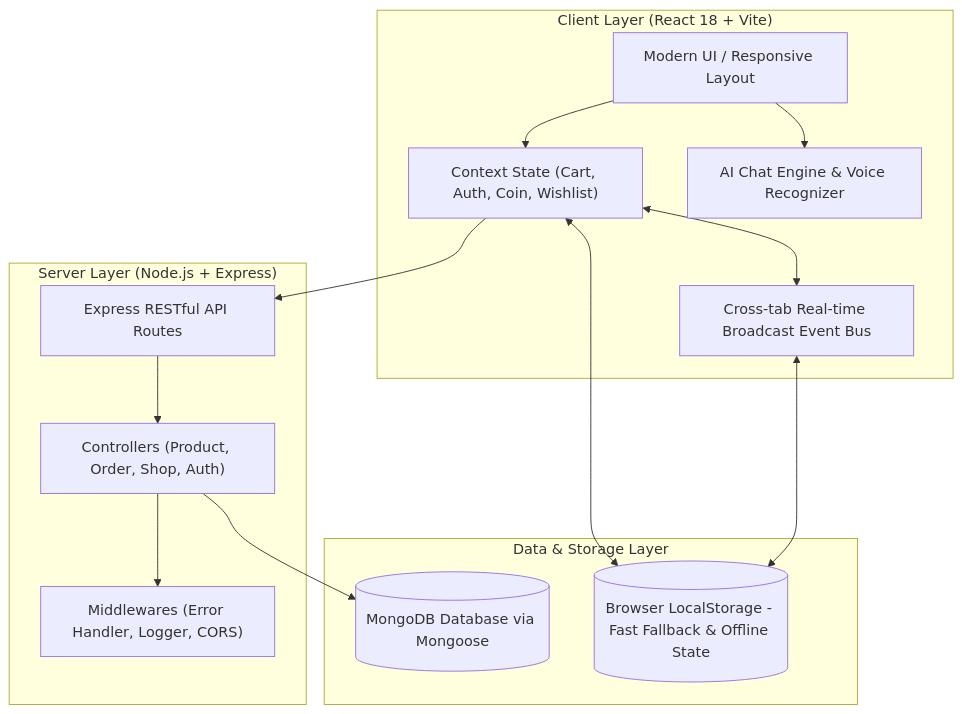
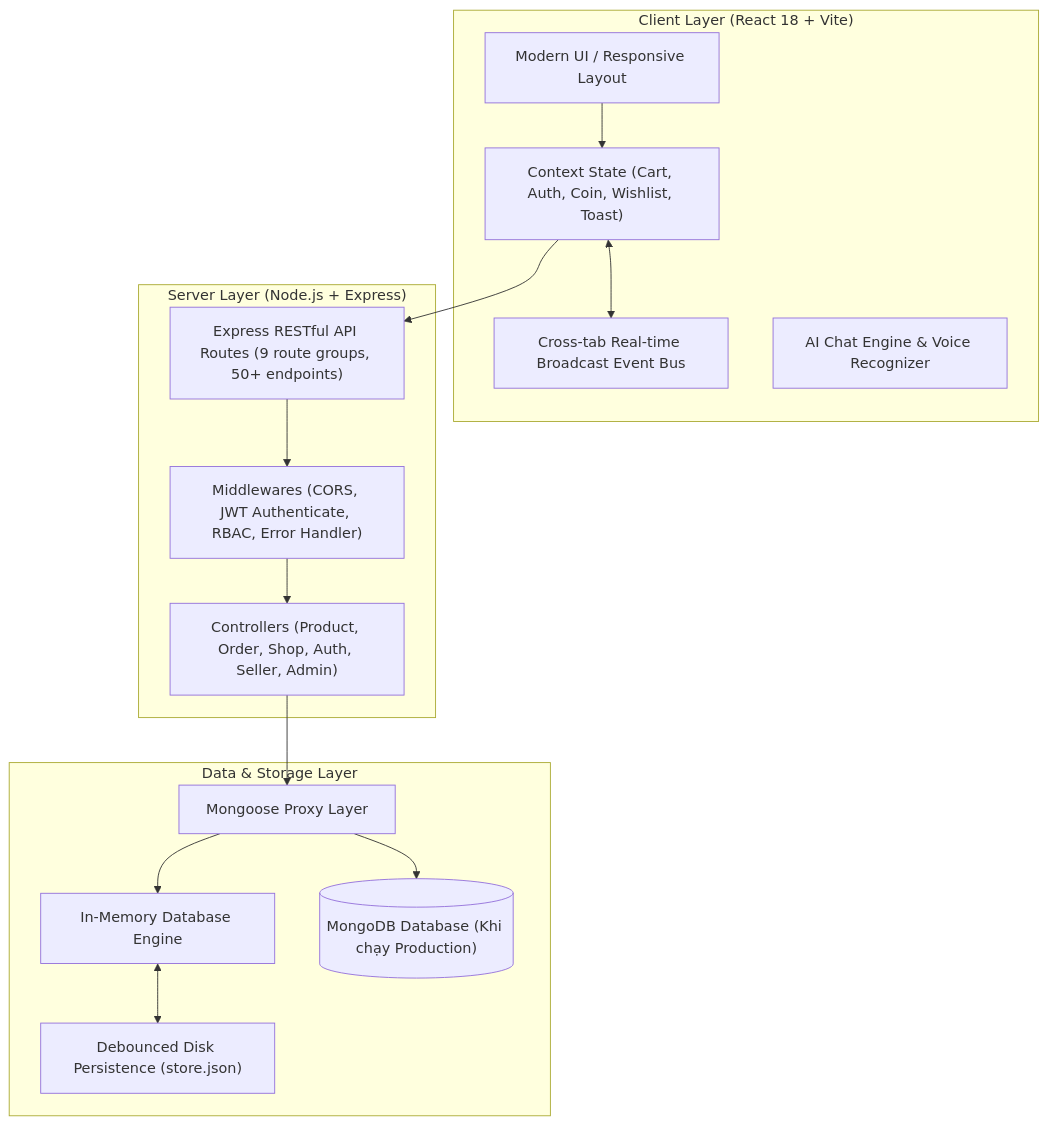
The diagram in README.md (JiaysTM17/Fullstack-Ecommerce), drawn with Mermaid before and after one commit. The commit also changed other lines of this file and 3 other files, not shown here.

````diff
--- a/README.md
+++ b/README.md
@@ -81,30 +103,32 @@
 ```mermaid
 flowchart TD
     subgraph ClientLayer ["Client Layer (React 18 + Vite)"]
         UI["Modern UI / Responsive Layout"]
-        Context["Context State (Cart, Auth, Coin, Wishlist)"]
+        Context["Context State (Cart, Auth, Coin, Wishlist, Toast)"]
         EventBus["Cross-tab Real-time Broadcast Event Bus"]
         AIEngine["AI Chat Engine & Voice Recognizer"]
     end
 
     subgraph ServerLayer ["Server Layer (Node.js + Express)"]
-        Router["Express RESTful API Routes"]
-        Controllers["Controllers (Product, Order, Shop, Auth)"]
-        Middlewares["Middlewares (Error Handler, Logger, CORS)"]
+        Router["Express RESTful API Routes (9 route groups, 50+ endpoints)"]
+        Controllers["Controllers (Product, Order, Shop, Auth, Seller, Admin)"]
+        Middlewares["Middlewares (CORS, JWT Authenticate, RBAC, Error Handler)"]
     end
 
     subgraph DataLayer ["Data & Storage Layer"]
-        MongoDB[(MongoDB Database via Mongoose)]
-        LocalStorage[(Browser LocalStorage - Fast Fallback & Offline State)]
+        ModelProxy["Mongoose Proxy Layer"]
+        MemoryStore["In-Memory Database Engine"]
+        DiskStore["Debounced Disk Persistence (store.json)"]
+        MongoDB[("MongoDB Database (Khi chạy Production)")]
     end
 
     UI --> Context
-    UI --> AIEngine
+    Context --> Router
+    Router --> Middlewares
+    Middlewares --> Controllers
+    Controllers --> ModelProxy
+    ModelProxy --> MongoDB
+    ModelProxy --> MemoryStore
+    MemoryStore <--> DiskStore
     Context <--> EventBus
-    Context --> Router
-    Router --> Controllers
-    Controllers --> Middlewares
-    Controllers --> MongoDB
-    Context <--> LocalStorage
-    EventBus <--> LocalStorage
 ```
````
